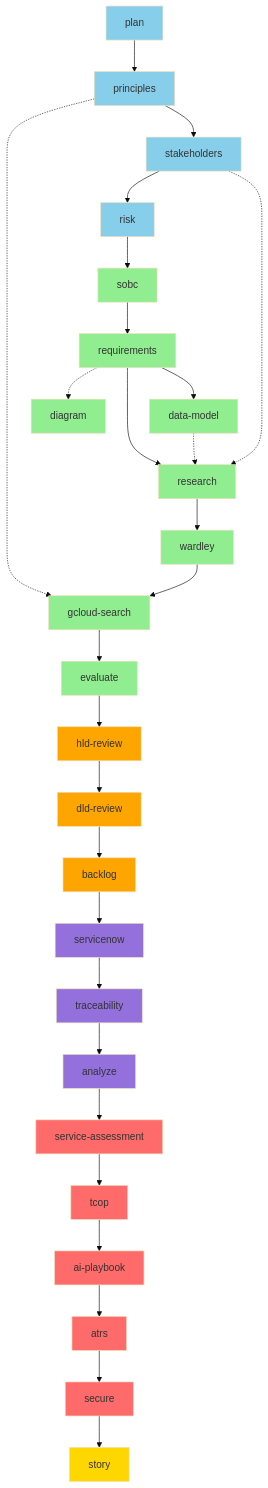
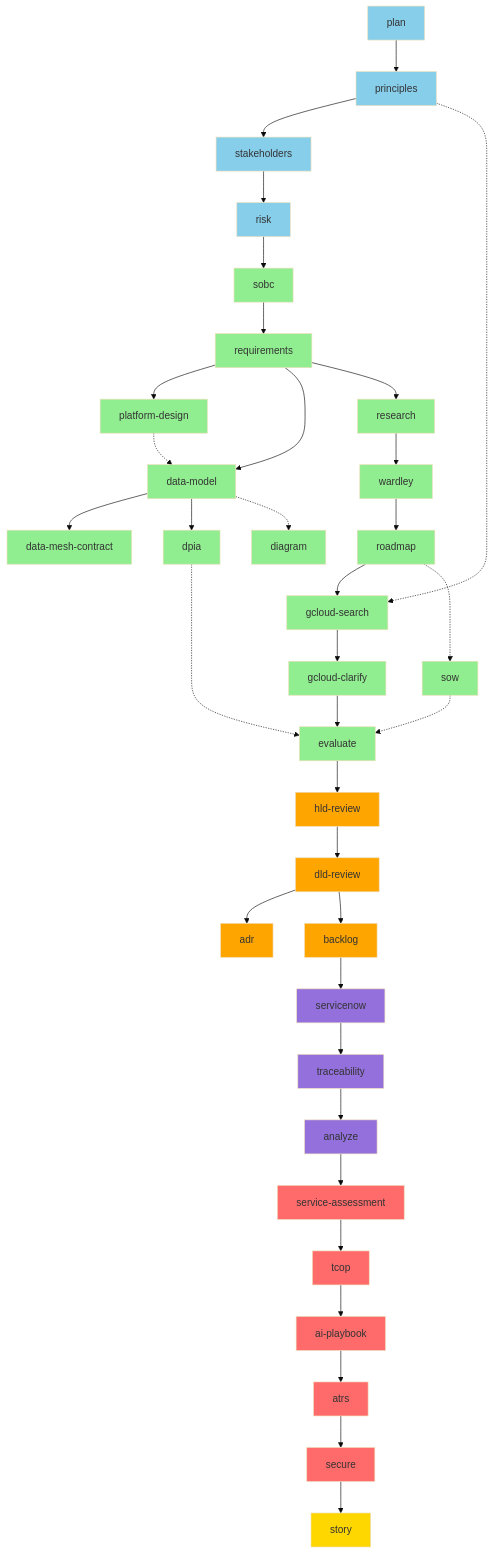
The third of 9 diagrams in WORKFLOW-DIAGRAMS.md (tractorjuice/arckit-test-project-v8-ons-data-platform), drawn with Mermaid (base theme) before and after one commit. The commit also changed other lines of this file and 36 other files, not shown here.

First line of the commit message:
chore: release v0.9.1 - document control standards and ADR/roadmap guides

````diff
--- a/WORKFLOW-DIAGRAMS.md
+++ b/WORKFLOW-DIAGRAMS.md
@@ -180,42 +199,48 @@
     D --> E[sobc]
     E --> F[requirements]
 
-    %% Tier 4: Detailed Design
-    F --> G[data-model]
-    F --> H[research]
+    %% Tier 4: Strategy & Design
+    F --> G[platform-design]
+    F --> H[data-model]
     G -.-> H
-    C -.-> H
-    H --> I[wardley]
+    H --> I[data-mesh-contract]
+    H --> J[dpia]
+    F --> K[research]
+    K --> L[wardley]
+    L --> M[roadmap]
+    H -.-> W[diagram]
 
     %% Tier 5: UK Gov Procurement
-    B -.-> J[gcloud-search]
-    I --> J
-    J --> K[evaluate]
+    B -.-> N[gcloud-search]
+    M --> N
+    N --> O[gcloud-clarify]
+    O --> P[evaluate]
+    M -.-> Q[sow]
+    Q -.-> P
+    J -.-> P
 
     %% Tier 6: Design Reviews
-    K --> L[hld-review]
-    L --> M[dld-review]
+    P --> R[hld-review]
+    R --> S[dld-review]
+    S --> T[adr]
 
     %% Tier 7: Implementation
-    M --> N[backlog]
+    S --> U[backlog]
 
     %% Tier 8-9: Operations & Quality
-    N --> O[servicenow]
-    O --> P[traceability]
-    P --> Q[analyze]
+    U --> V[servicenow]
+    V --> X[traceability]
+    X --> Y[analyze]
 
-    %% Tier 10: UK Gov Compliance + AI Compliance
-    Q --> R[service-assessment]
-    R --> S[tcop]
-    S --> T[ai-playbook]
-    T --> U[atrs]
-    U --> V[secure]
+    %% Tier 10: UK Gov + AI Compliance
+    Y --> Z[service-assessment]
+    Z --> Z1[tcop]
+    Z1 --> Z2[ai-playbook]
+    Z2 --> Z3[atrs]
+    Z3 --> Z4[secure]
 
     %% Tier 11: Reporting
-    V --> X[story]
-
-    %% Optional parallel paths
-    F -.-> W[diagram]
+    Z4 --> AA[story]
 
     style A fill:#87CEEB
     style B fill:#87CEEB
@@ -228,17 +253,24 @@
     style I fill:#90EE90
     style J fill:#90EE90
     style K fill:#90EE90
-    style L fill:#FFA500
-    style M fill:#FFA500
-    style N fill:#FFA500
-    style O fill:#9370DB
-    style P fill:#9370DB
-    style Q fill:#9370DB
-    style R fill:#FF6B6B
-    style S fill:#FF6B6B
-    style T fill:#FF6B6B
-    style U fill:#FF6B6B
-    style V fill:#FF6B6B
+    style L fill:#90EE90
+    style M fill:#90EE90
+    style N fill:#90EE90
+    style O fill:#90EE90
+    style P fill:#90EE90
+    style Q fill:#90EE90
+    style R fill:#FFA500
+    style S fill:#FFA500
+    style T fill:#FFA500
+    style U fill:#FFA500
+    style V fill:#9370DB
     style W fill:#90EE90
-    style X fill:#FFD700
+    style X fill:#9370DB
+    style Y fill:#9370DB
+    style Z fill:#FF6B6B
+    style Z1 fill:#FF6B6B
+    style Z2 fill:#FF6B6B
+    style Z3 fill:#FF6B6B
+    style Z4 fill:#FF6B6B
+    style AA fill:#FFD700
 ```
````
